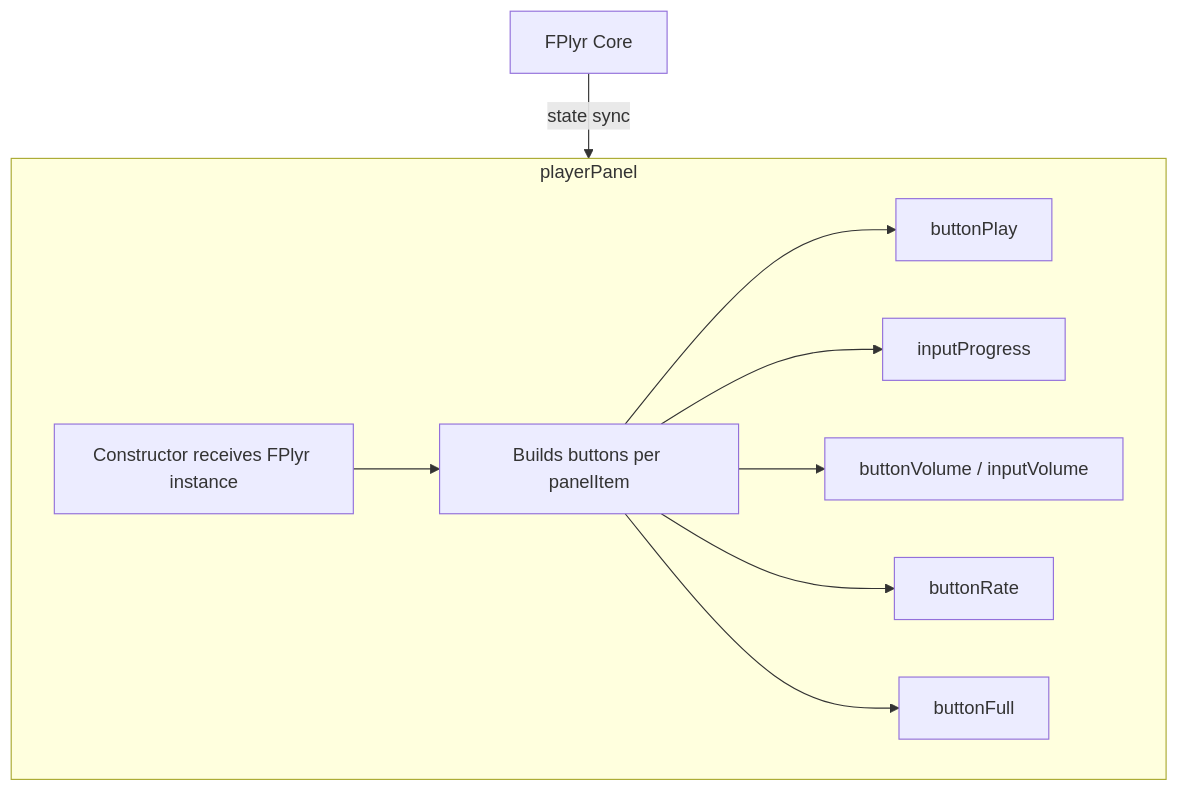
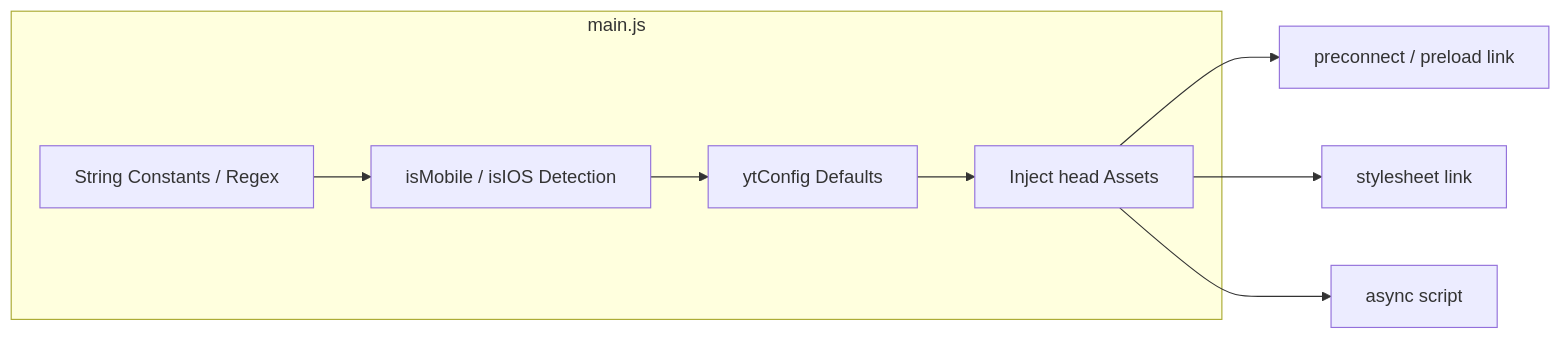
Before and after one commit to pardnchiu/FlexPlyr: the second of 9 diagrams in doc/architecture.md, drawn with Mermaid. The commit also changed other lines of this file and 7 other files, not shown here.

Commit message:
doc: Regenerate bilingual README, doc, and architecture docs from source

````diff
--- a/doc/architecture.md
+++ b/doc/architecture.md
@@ -49,12 +38,11 @@
 ```mermaid
-graph TB
-    subgraph playerPanel
-        Ctor[Constructor receives FPlyr instance] --> Build[Builds buttons per panelItem]
-        Build --> Play[buttonPlay]
-        Build --> Progress[inputProgress]
-        Build --> Volume[buttonVolume / inputVolume]
-        Build --> Rate[buttonRate]
-        Build --> Full[buttonFull]
+graph LR
+    subgraph main.js
+        CONST[String Constants / Regex] --> DETECT[isMobile / isIOS Detection]
+        DETECT --> YTCFG[ytConfig Defaults]
+        YTCFG --> INJECT[Inject head Assets]
     end
-    FPlyrCore[FPlyr Core] -->|state sync| playerPanel
+    INJECT --> PRE[preconnect / preload link]
+    INJECT --> STYLE[stylesheet link]
+    INJECT --> SCRIPT[async script]
 ```
````
